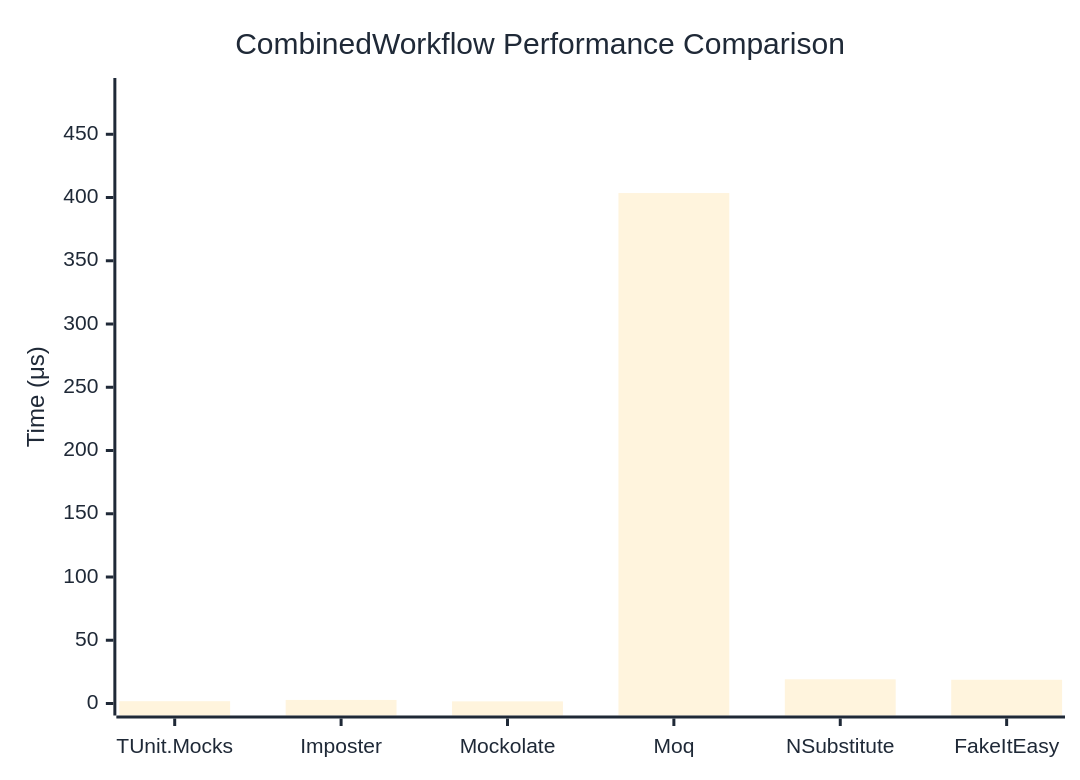
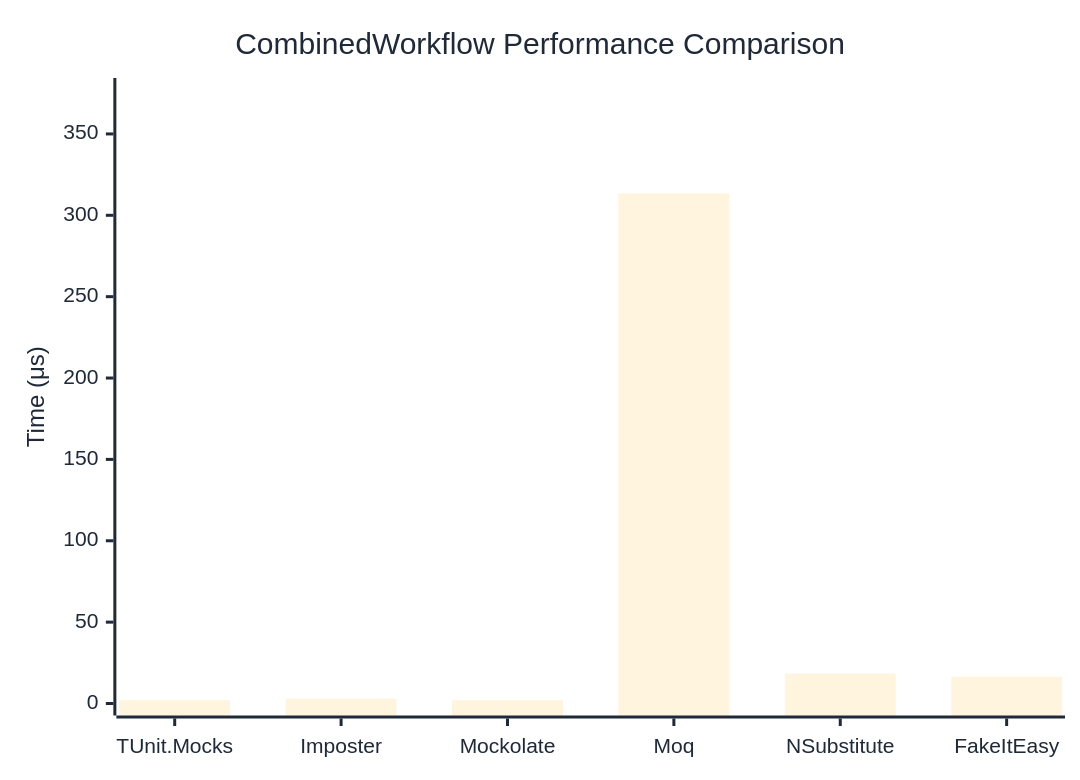
One commit to thomhurst/TUnit changed the diagram in docs/docs/benchmarks/mocks/CombinedWorkflow.md. Above: the diagram before and after it, drawn with Mermaid. The commit also changed other lines of this file and 14 other files, not shown here.

````diff
--- a/docs/docs/benchmarks/mocks/CombinedWorkflow.md
+++ b/docs/docs/benchmarks/mocks/CombinedWorkflow.md
@@ -30,27 +30,27 @@
 ```mermaid
 %%{init: {
   'theme':'base',
   'themeVariables': {
     'primaryColor': '#2563eb',
     'primaryTextColor': '#1f2937',
     'primaryBorderColor': '#1e40af',
     'lineColor': '#6b7280',
     'secondaryColor': '#7c3aed',
     'tertiaryColor': '#dc2626',
     'background': '#ffffff',
     'pie1': '#2563eb',
     'pie2': '#7c3aed',
     'pie3': '#dc2626',
     'pie4': '#f59e0b',
     'pie5': '#10b981',
     'pie6': '#06b6d4',
     'pie7': '#ec4899',
     'pie8': '#6366f1'
   }
 }}%%
 xychart-beta
   title "CombinedWorkflow Performance Comparison"
   x-axis ["TUnit.Mocks", "Imposter", "Mockolate", "Moq", "NSubstitute", "FakeItEasy"]
-  y-axis "Time (μs)" 0 --> 485
-  bar [1.829, 2.814, 1.685, 403.531, 19.141, 18.762]
+  y-axis "Time (μs)" 0 --> 377
+  bar [1.982, 2.931, 1.908, 313.431, 18.399, 16.442]
 ```
````
